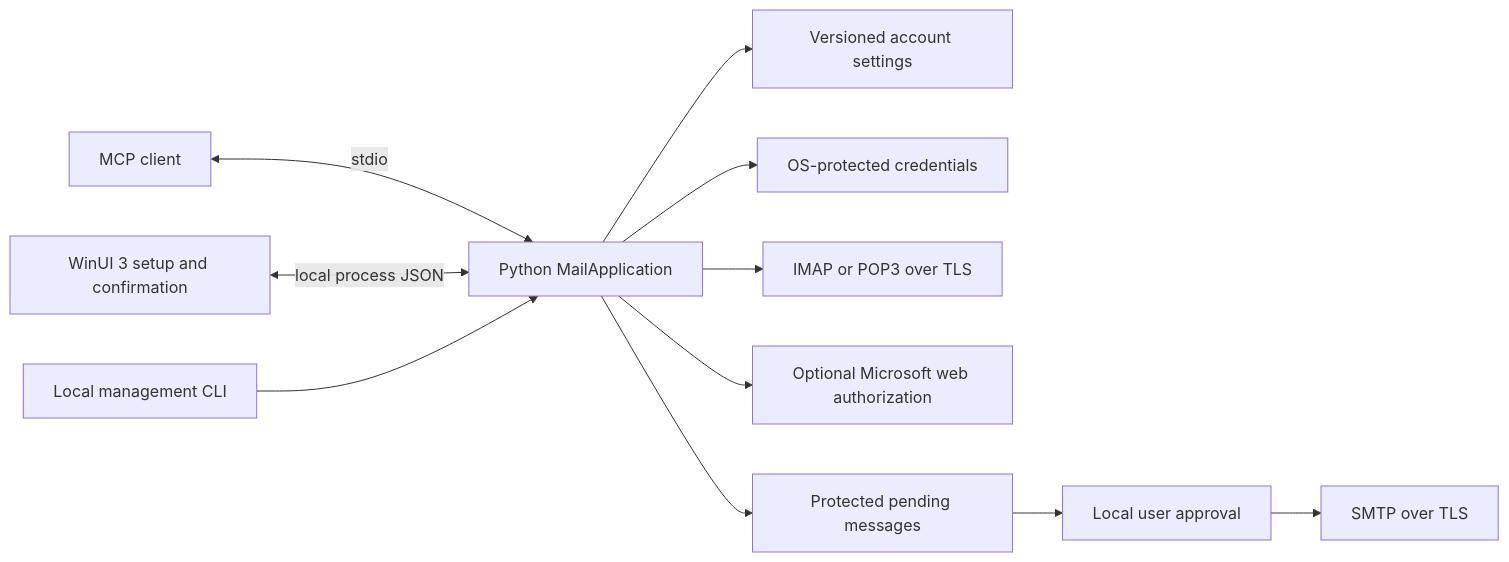
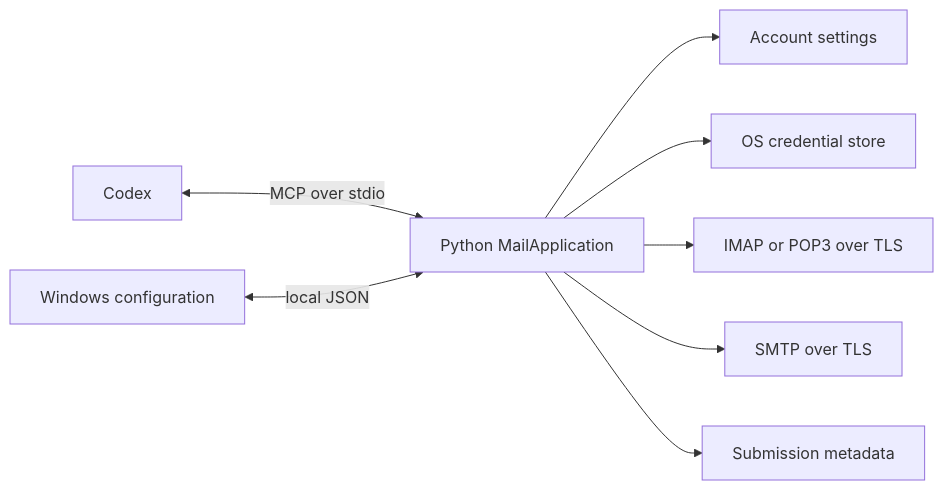
The diagram in docs/ARCHITECTURE.md (umbertotechnopreneur/AgentInbox), drawn with Mermaid before and after one commit. The commit also changed other lines of this file and 72 other files, not shown here.

First line of the commit message:
Simplify Windows configuration and send requested mail through Codex (#35)

````diff
--- a/docs/ARCHITECTURE.md
+++ b/docs/ARCHITECTURE.md
@@ -7,13 +5,10 @@
 ```mermaid
 flowchart LR
-    CLIENT[MCP client] <-->|stdio| PY[Python MailApplication]
-    UI[WinUI 3 setup and confirmation] <-->|local process JSON| PY
-    CLI[Local management CLI] --> PY
-    PY --> CONFIG[Versioned account settings]
-    PY --> VAULT[OS-protected credentials]
-    PY --> MAIL[IMAP or POP3 over TLS]
-    PY --> AUTH[Optional Microsoft web authorization]
-    PY --> PENDING[Protected pending messages]
-    PENDING --> REVIEW[Local user approval]
-    REVIEW --> SMTP[SMTP over TLS]
+    Codex <-->|MCP over stdio| Engine[Python MailApplication]
+    Setup[Windows configuration] <-->|local JSON| Engine
+    Engine --> Settings[Account settings]
+    Engine --> Credentials[OS credential store]
+    Engine --> Incoming[IMAP or POP3 over TLS]
+    Engine --> SMTP[SMTP over TLS]
+    Engine --> Ledger[Submission metadata]
 ```
````
